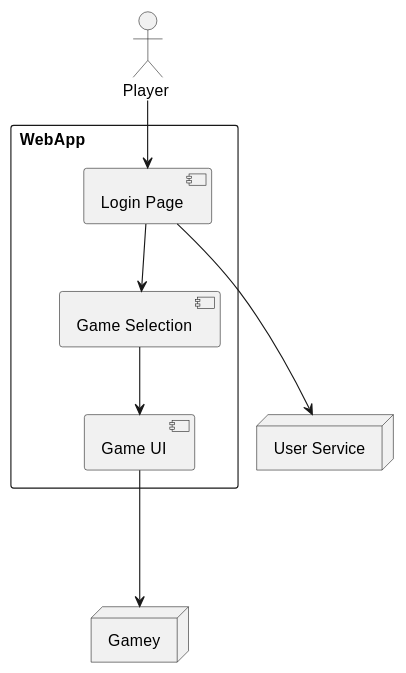
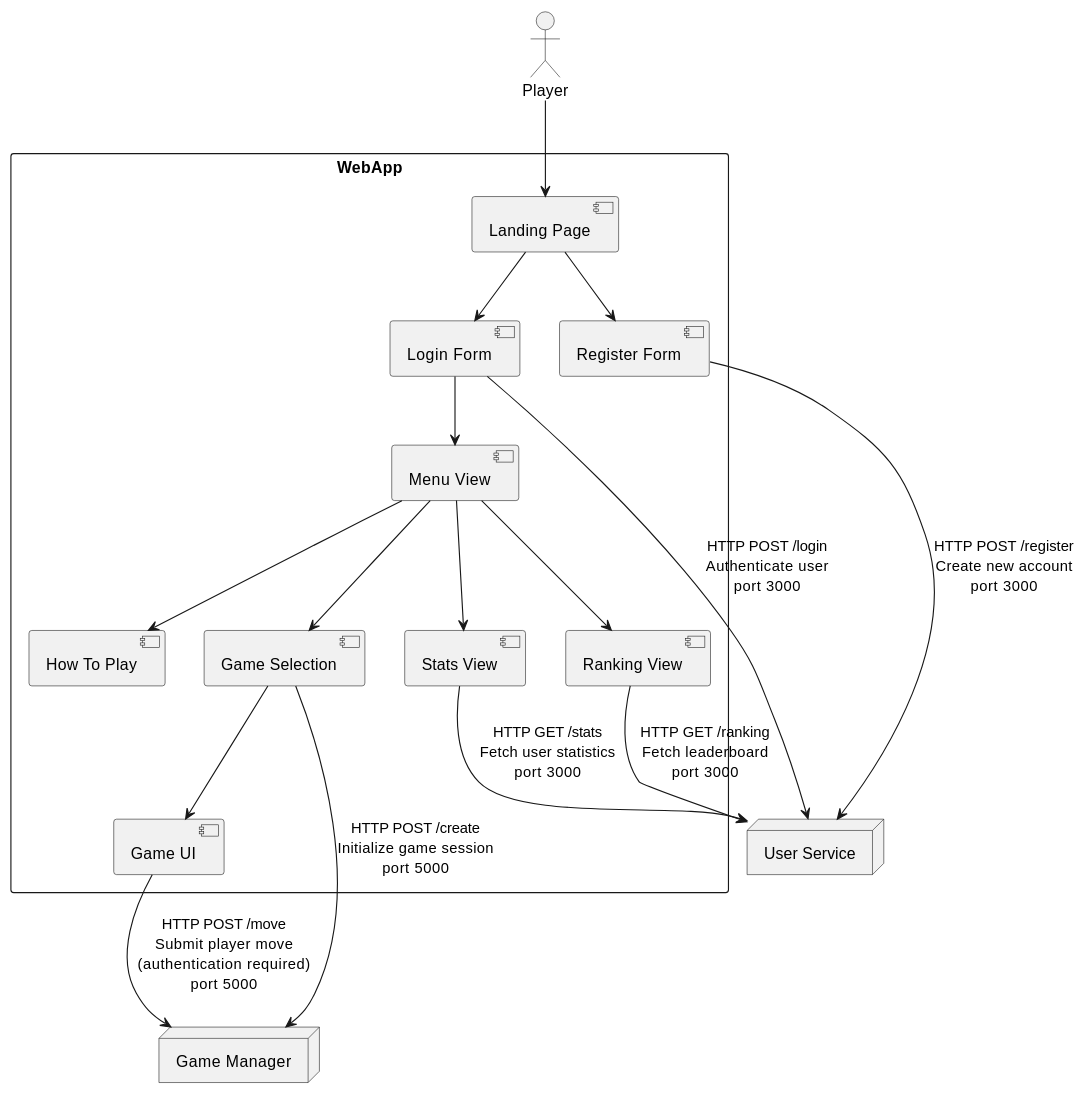
One commit to Arquisoft/yovi_en3a changed the third of 3 diagrams in docs/src/05_building_block_view.adoc. Above: the diagram before and after it, drawn with PlantUML. The commit also changed other lines of this file and 1 other file, not shown here.

```diff
--- a/docs/src/05_building_block_view.adoc
+++ b/docs/src/05_building_block_view.adoc
@@ -229,26 +241,42 @@
-[plantuml,"Sequence diagram - Login ",png]
+[plantuml,"WebApp - Internal Structure and Navigation",png]
 ----
 
-actor "Player " as player
 
+actor "Player" as player
 
-rectangle "WebApp                                   " {
-
-  [Login Page] as Login
+rectangle "WebApp" as webapp {
+  [Landing Page] as Landing
+  [Login Form] as Login
+  [Register Form] as Register
+  [Menu View] as Menu
+  [How To Play] as HTP
+  [Game Selection] as GameSelect
   [Game UI] as GameUI
-  [Game Selection] as gameSelect
-
+  [Stats View] as Stats
+  [Ranking View] as Ranking
 }
 
+node "User Service" as UserSvc
+node "Game Manager" as GameMgr
 
-node "User Service" as UserSvc
-node "Gamey" as Gamey
+player --> Landing
+Landing --> Login
+Landing --> Register
 
+Login --> UserSvc: HTTP POST /login\nAuthenticate user\nport 3000
+Register --> UserSvc: HTTP POST /register\nCreate new account\nport 3000
 
-player--> Login
-Login--->UserSvc
-GameUI--->Gamey
-gameSelect-->GameUI
-Login-->gameSelect
+Login --> Menu
+Menu --> HTP
+Menu --> GameSelect
+Menu --> Stats
+Menu --> Ranking
 
+Stats --> UserSvc: HTTP GET /stats\nFetch user statistics\nport 3000
+Ranking --> UserSvc: HTTP GET /ranking\nFetch leaderboard\nport 3000
+
+GameSelect --> GameMgr: HTTP POST /create\nInitialize game session\nport 5000
+GameSelect --> GameUI 
+
+GameUI --> GameMgr: HTTP POST /move\nSubmit player move\n(authentication required)\nport 5000
 ----
```
